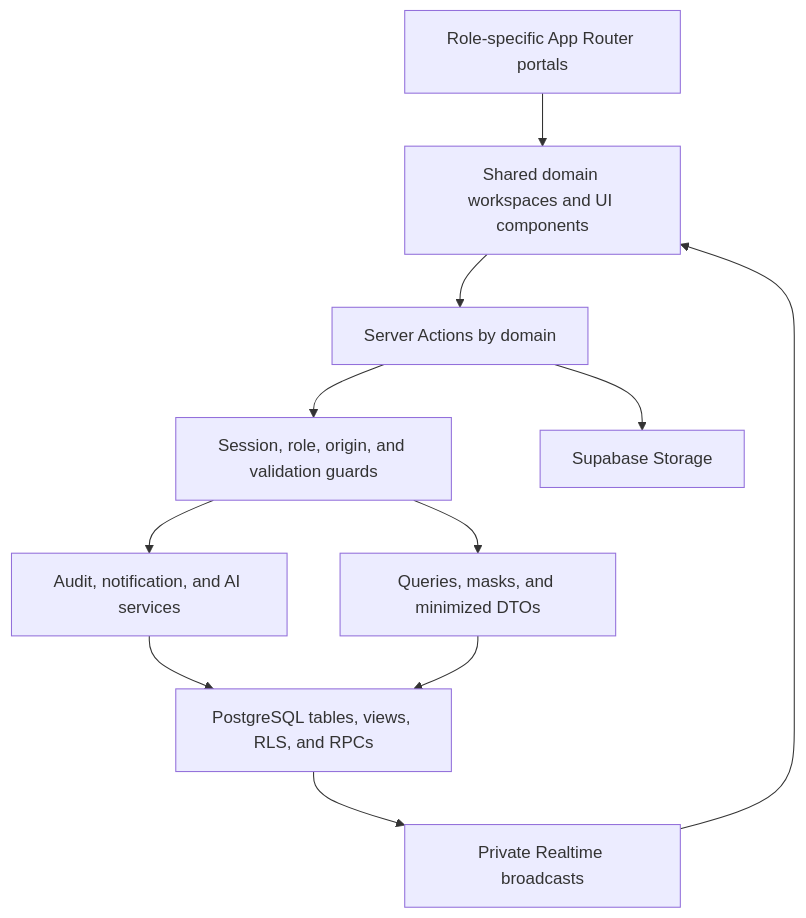
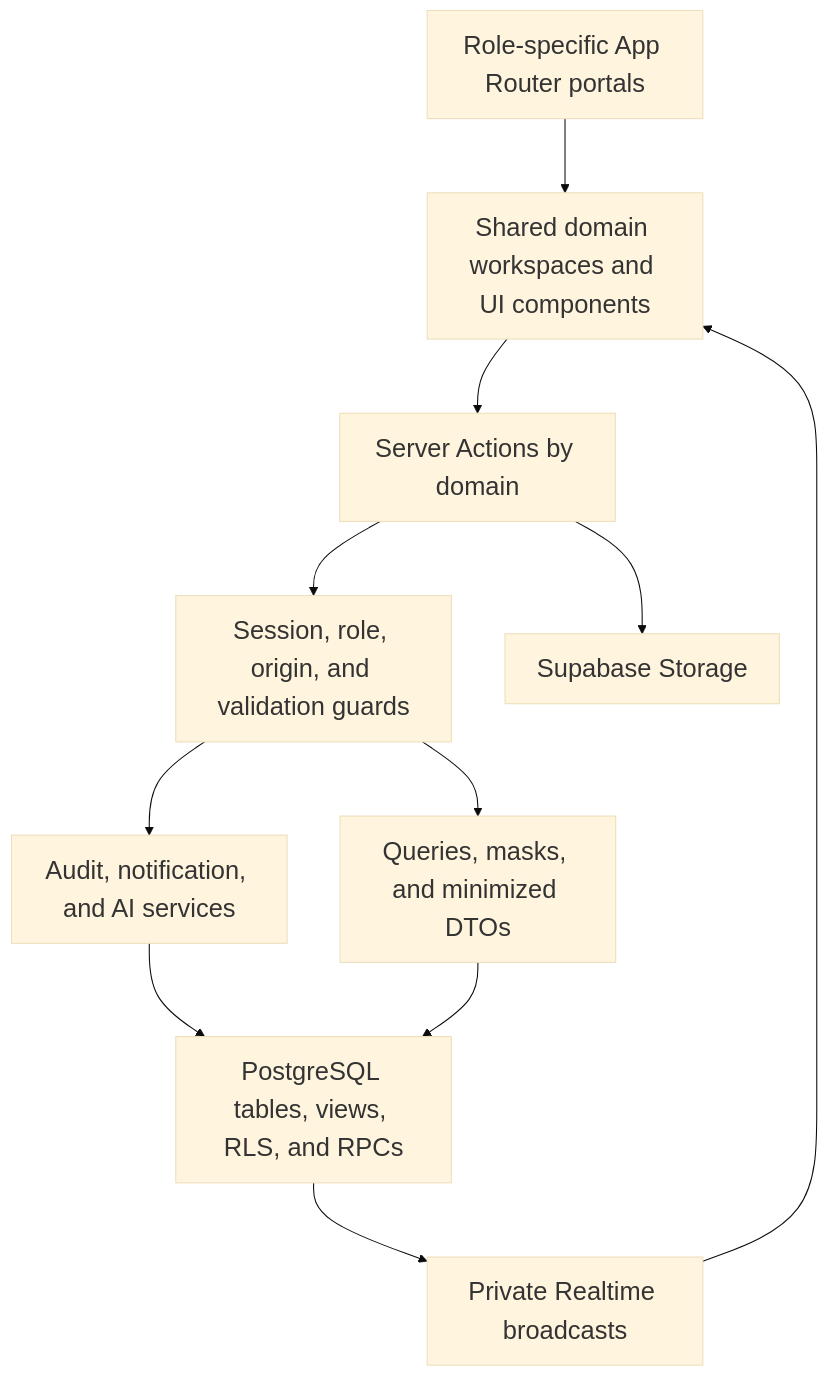
The second of 14 diagrams in docs/SOFTWARE_ARCHITECTURE_DOCUMENT.md (Tokise/Zentraq-backend), drawn with Mermaid before and after one commit. The commit also changed other lines of this file, not shown here.

````diff
--- a/docs/SOFTWARE_ARCHITECTURE_DOCUMENT.md
+++ b/docs/SOFTWARE_ARCHITECTURE_DOCUMENT.md
@@ -163,23 +176,35 @@
 ```mermaid
+---
+config:
+  theme: base
+  themeVariables:
+    fontSize: "24px"
+  flowchart:
+    nodeSpacing: 50
+    rankSpacing: 70
+  er:
+    fontSize: 24
+    layoutDirection: TB
+---
 flowchart TB
     Portals["Role-specific App Router portals"]
     Workspaces["Shared domain workspaces and UI components"]
     Actions["Server Actions by domain"]
     Guard["Session, role, origin, and validation guards"]
     Services["Audit, notification, and AI services"]
     DTOs["Queries, masks, and minimized DTOs"]
     DB["PostgreSQL tables, views, RLS, and RPCs"]
     Storage["Supabase Storage"]
     Realtime["Private Realtime broadcasts"]
 
     Portals --> Workspaces
     Workspaces --> Actions
     Actions --> Guard
     Guard --> Services
     Guard --> DTOs
     Services --> DB
     DTOs --> DB
     Actions --> Storage
     DB --> Realtime
     Realtime --> Workspaces
 ```
````
